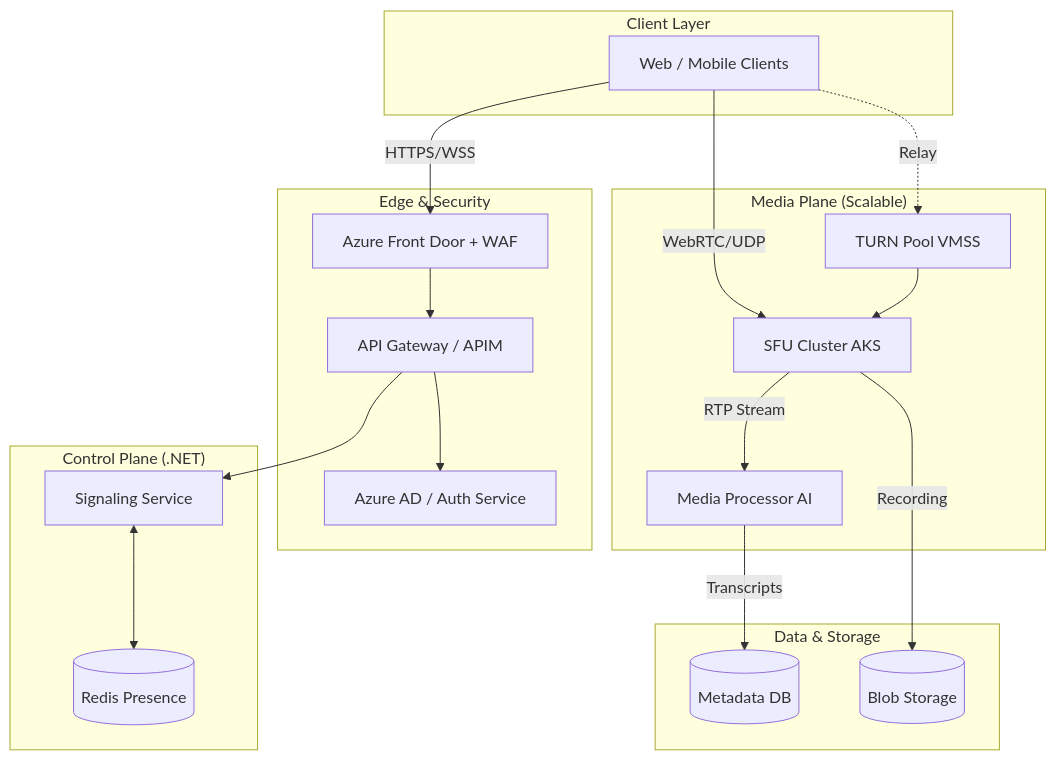
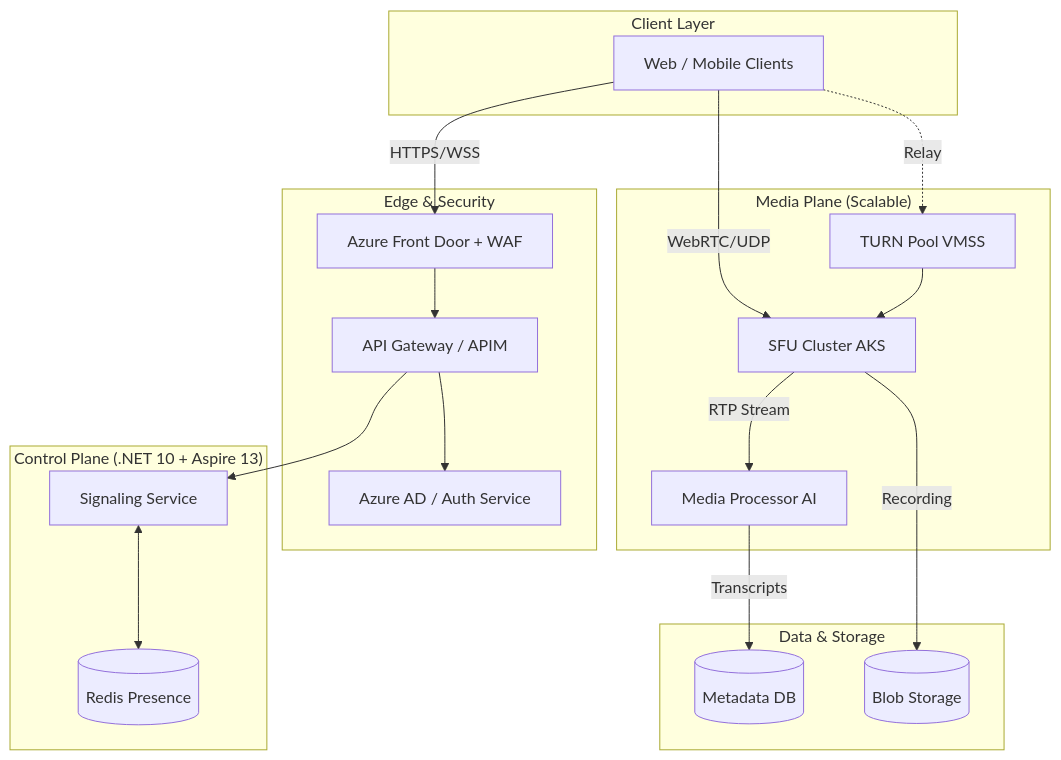
One commit to Swamy-s-Tech-Skills-Academy-2026/smart-video-communications changed the diagram in docs/01_System-Design-Overview-Part1-B.md. Above: the diagram before and after it, drawn with Mermaid. The commit also changed 3 other files, not shown here.

Commit message:
Update README and documentation to reflect .NET 10 and .NET Aspire 13 integration (#3)

````diff
--- a/docs/01_System-Design-Overview-Part1-B.md
+++ b/docs/01_System-Design-Overview-Part1-B.md
@@ -51,42 +51,42 @@
 ```mermaid
 graph TD
     subgraph "Client Layer"
         Client[Web / Mobile Clients]
     end
 
     subgraph "Edge & Security"
         AFD[Azure Front Door + WAF]
         APIM[API Gateway / APIM]
         Auth[Azure AD / Auth Service]
     end
 
-    subgraph "Control Plane (.NET)"
+    subgraph "Control Plane (.NET 10 + Aspire 13)"
         Signal[Signaling Service]
         Redis[(Redis Presence)]
     end
 
     subgraph "Media Plane (Scalable)"
         SFU[SFU Cluster AKS]
         TURN[TURN Pool VMSS]
         MediaProc[Media Processor AI]
     end
 
     subgraph "Data & Storage"
         SQL[(Metadata DB)]
         Blob[(Blob Storage)]
     end
 
     Client -->|HTTPS/WSS| AFD
     AFD --> APIM
     APIM --> Auth
     APIM --> Signal
     Signal <--> Redis
     
     Client -->|WebRTC/UDP| SFU
     Client -.->|Relay| TURN
     TURN --> SFU
     
     SFU -->|RTP Stream| MediaProc
     MediaProc -->|Transcripts| SQL
     SFU -->|Recording| Blob
 ```
````
